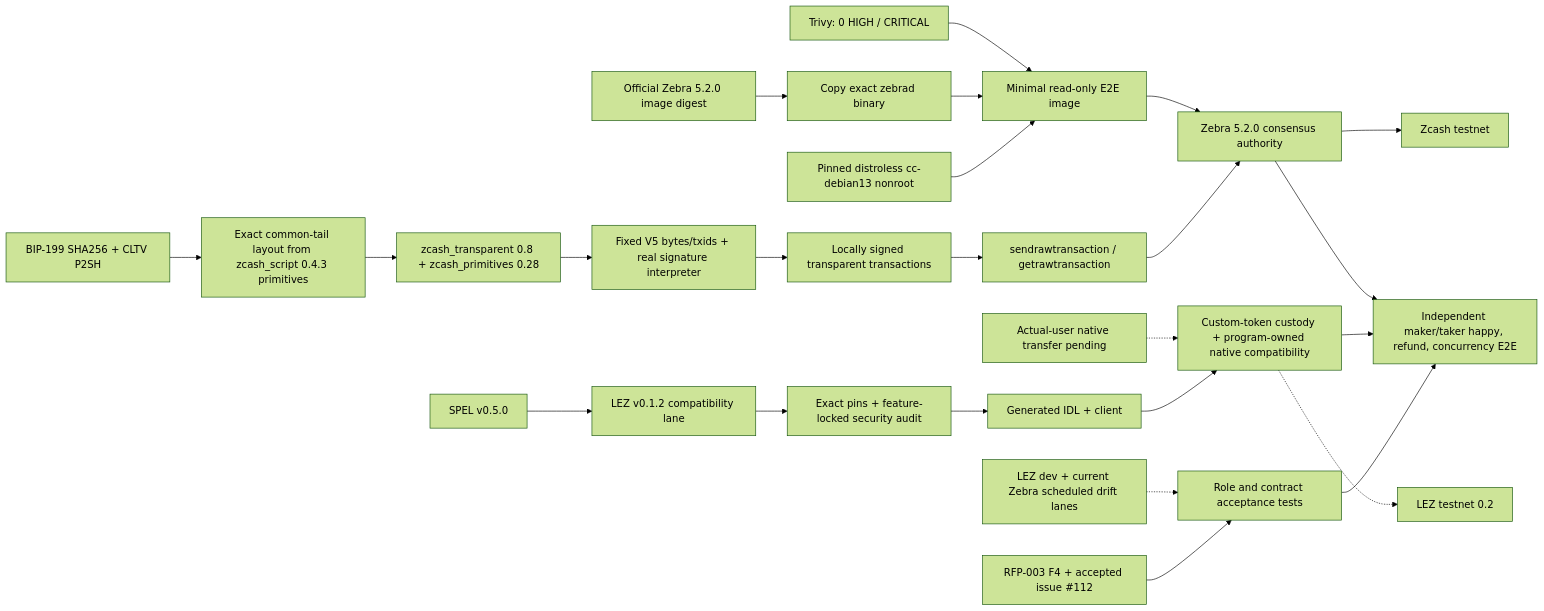
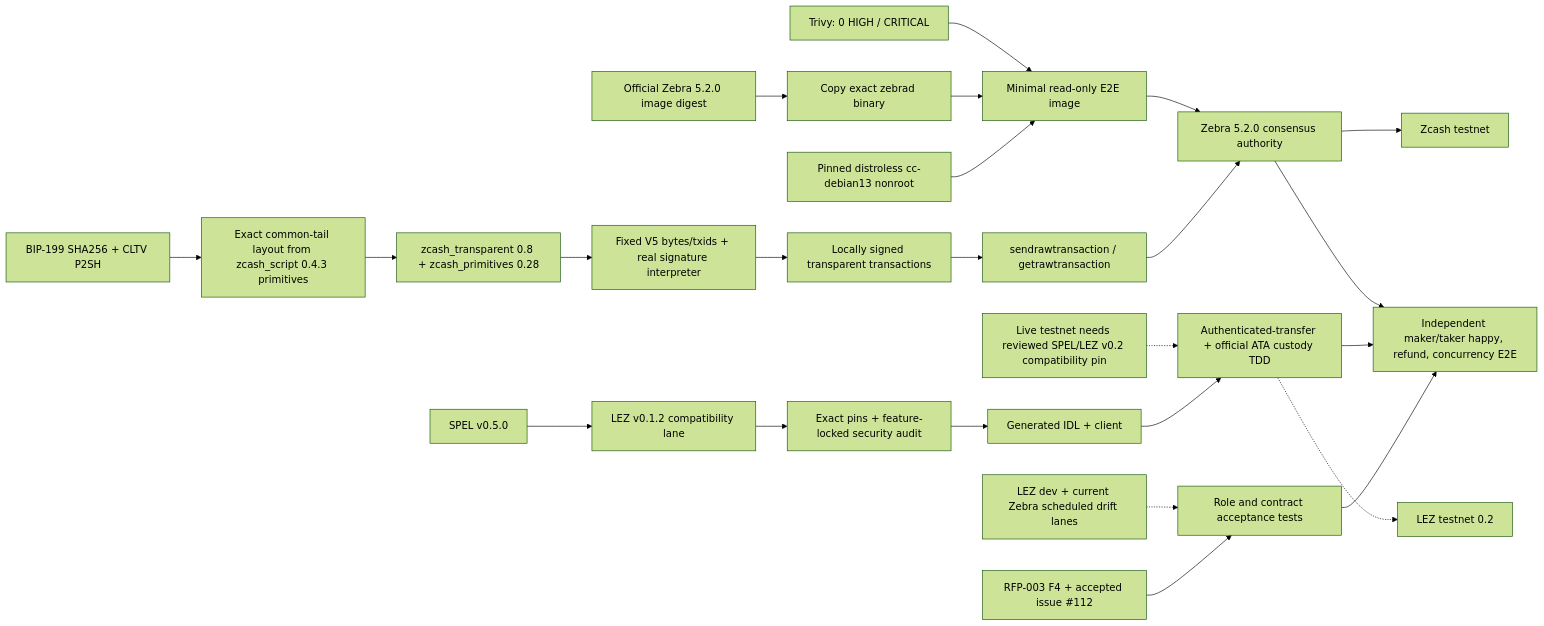
Before and after one commit to gateway-fm/lez-atomic-swaps: the diagram in docs/architecture/0014-zec-m2-implementation-pins.md, drawn with Mermaid (forest theme). The commit also changed other lines of this file and 8 other files, not shown here.

````diff
--- a/docs/architecture/0014-zec-m2-implementation-pins.md
+++ b/docs/architecture/0014-zec-m2-implementation-pins.md
@@ -5,26 +5,26 @@
 ```mermaid
 flowchart LR
     Contract["RFP-003 F4 + accepted issue #112"] --> Tests["Role and contract acceptance tests"]
     BIP["BIP-199 SHA256 + CLTV P2SH"] --> Script["Exact common-tail layout from zcash_script 0.4.3 primitives"]
     Script --> Tx["zcash_transparent 0.8 + zcash_primitives 0.28"]
     Tx --> TxVectors["Fixed V5 bytes/txids + real signature interpreter"]
     TxVectors --> Raw["Locally signed transparent transactions"]
     Raw --> RPC["sendrawtransaction / getrawtransaction"]
     RPC --> Zebra["Zebra 5.2.0 consensus authority"]
     Official["Official Zebra 5.2.0 image digest"] --> Binary["Copy exact zebrad binary"]
     Distroless["Pinned distroless cc-debian13 nonroot"] --> Runtime["Minimal read-only E2E image"]
     Binary --> Runtime
     Scan["Trivy: 0 HIGH / CRITICAL"] --> Runtime
     Runtime --> Zebra
     Zebra --> ZTest["Zcash testnet"]
     SPEL["SPEL v0.5.0"] --> Compat["LEZ v0.1.2 compatibility lane"]
     Compat --> CompatAudit["Exact pins + feature-locked security audit"]
     CompatAudit --> IDL["Generated IDL + client"]
-    IDL --> Escrow["Custom-token custody + program-owned native compatibility"]
-    Native["Actual-user native transfer pending"] -.-> Escrow
+    IDL --> Escrow["Authenticated-transfer + official ATA custody TDD"]
+    Native["Live testnet needs reviewed SPEL/LEZ v0.2 compatibility pin"] -.-> Escrow
     Escrow -.-> LezTest["LEZ testnet 0.2"]
     Drift["LEZ dev + current Zebra scheduled drift lanes"] -.-> Tests
     Tests --> Roles["Independent maker/taker happy, refund, concurrency E2E"]
     Escrow --> Roles
     Zebra --> Roles
 ```
````
